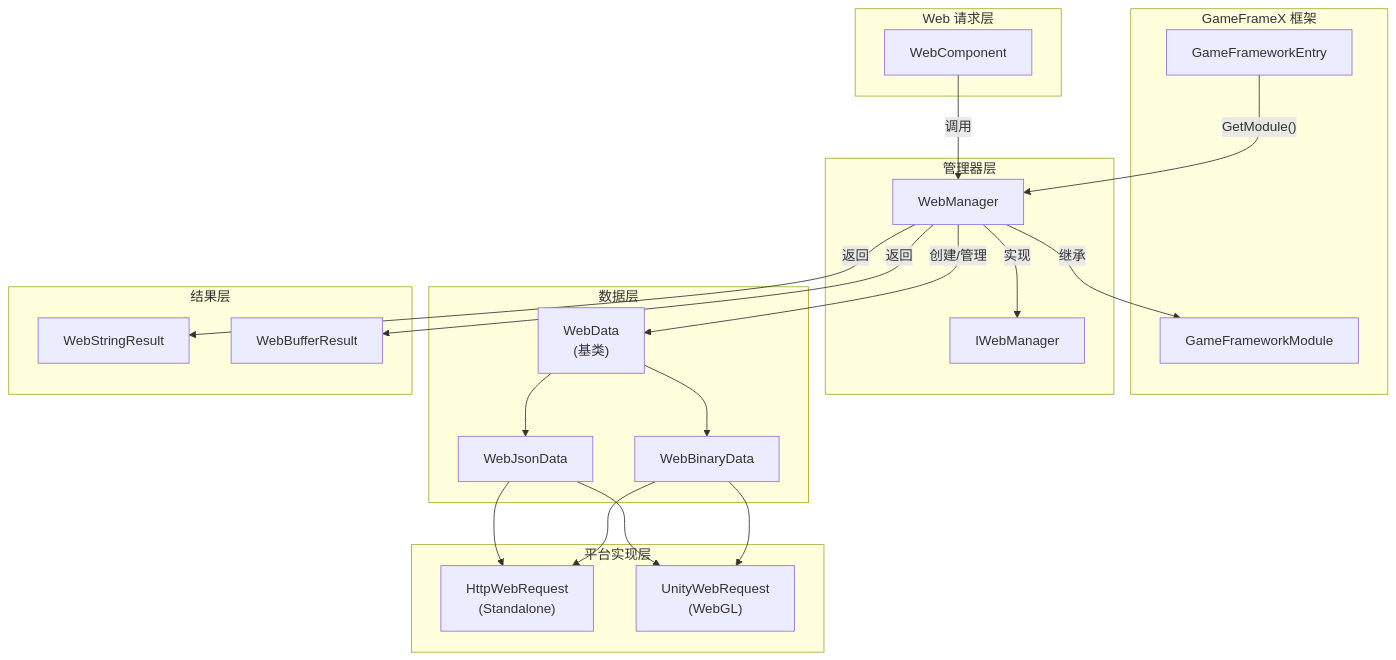
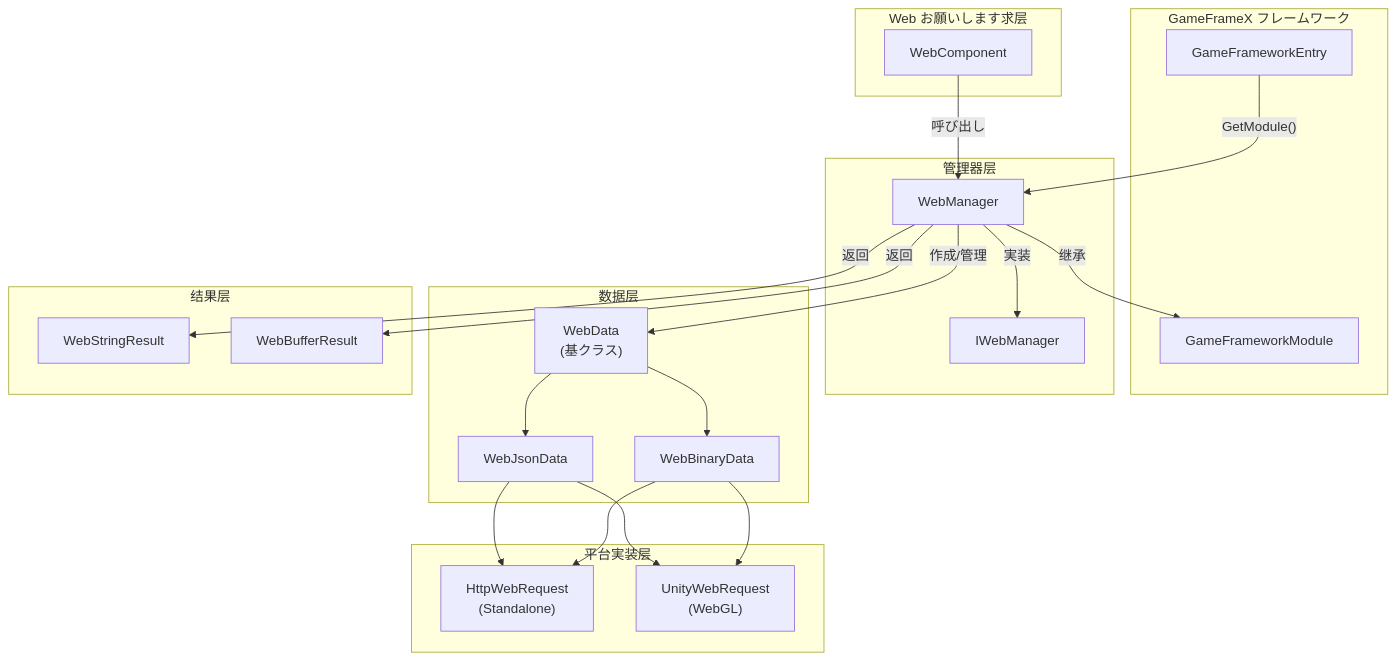
The first of 4 diagrams in docs/ja/client/unity/component/web/05.web-manager.md (AlianBlank/GameFrameX.Docs), drawn with Mermaid before and after one commit. The commit also changed other lines of this file and 603 other files, not shown here.

````diff
--- a/docs/ja/client/unity/component/web/05.web-manager.md
+++ b/docs/ja/client/unity/component/web/05.web-manager.md
@@ -21,46 +21,46 @@
 ```mermaid
 flowchart TB
-    subgraph GameFrameX["GameFrameX 框架"]
+    subgraph GameFrameX["GameFrameX フレームワーク"]
         GFE["GameFrameworkEntry"]
         GFM["GameFrameworkModule"]
     end
 
-    subgraph WebLayer["Web 请求层"]
+    subgraph WebLayer["Web お願いします求层"]
         WC["WebComponent"]
     end
 
     subgraph ManagerLayer["管理器层"]
         WM["WebManager"]
         IWM["IWebManager"]
     end
 
     subgraph DataLayer["数据层"]
-        WData["WebData<br/>(基类)"]
+        WData["WebData<br/>(基クラス)"]
         WJson["WebJsonData"]
         WBin["WebBinaryData"]
     end
 
     subgraph ResultLayer["结果层"]
         WS["WebStringResult"]
         WB["WebBufferResult"]
     end
 
-    subgraph PlatformLayer["平台实现层"]
+    subgraph PlatformLayer["平台実装层"]
         HttpWeb["HttpWebRequest<br/>(Standalone)"]
         UnityWeb["UnityWebRequest<br/>(WebGL)"]
     end
 
     GFE -->|"GetModule<IWebManager>()"| WM
-    WC -->|"调用"| WM
-    WM -->|"实现"| IWM
-    WM -->|"创建/管理"| WData
+    WC -->|"呼び出し"| WM
+    WM -->|"実装"| IWM
+    WM -->|"作成/管理"| WData
     WData --> WJson
     WData --> WBin
     WM -->|"返回"| WS
     WM -->|"返回"| WB
     WJson --> HttpWeb
     WJson --> UnityWeb
     WBin --> HttpWeb
     WBin --> UnityWeb
     WM -->|"继承"| GFM
 ```
````
